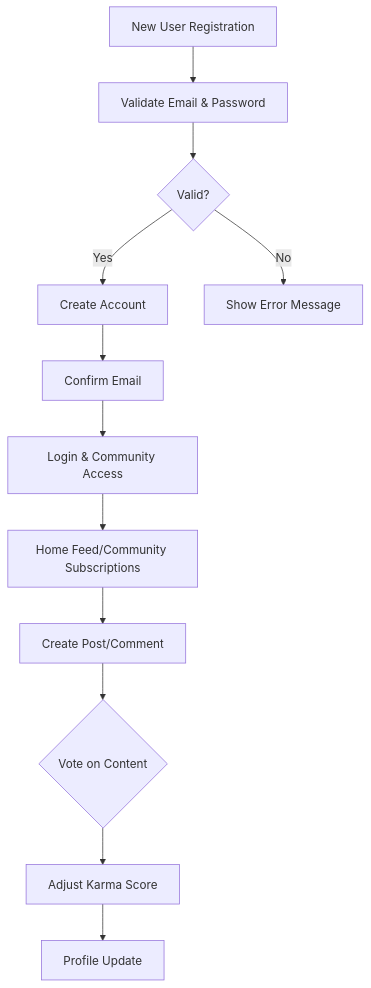
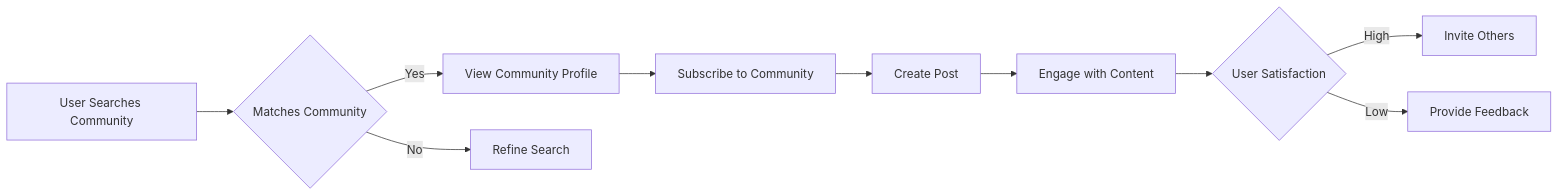
The first of 4 diagrams in qwen/qwen3-30b-a3b-thinking-2507/reddit/docs/analysis/01-service-overview.md (wrtnlabs/autobe-examples), drawn with Mermaid before and after one commit. The commit also changed other lines of this file and 25939 other files, not shown here.

````diff
--- a/qwen/qwen3-30b-a3b-thinking-2507/reddit/docs/analysis/01-service-overview.md
+++ b/qwen/qwen3-30b-a3b-thinking-2507/reddit/docs/analysis/01-service-overview.md
@@ -224,14 +92,12 @@
 ```mermaid
-graph TD
-    A[New User Registration] --> B[Validate Email & Password]
-    B --> C{"Valid?"}
-    C -->|Yes| D[Create Account]
-    C -->|No| E[Show Error Message]
-    D --> F[Confirm Email]
-    F --> G[Login & Community Access]
-    G --> H[Home Feed/Community Subscriptions]
-    H --> I[Create Post/Comment]
-    I --> J{Vote on Content}
-    J --> K[Adjust Karma Score]
-    K --> L[Profile Update]
+graph LR
+    A[User Searches Community] --> B{Matches Community}
+    B -->|Yes| C[View Community Profile]
+    B -->|No| D[Refine Search]
+    C --> E[Subscribe to Community]
+    E --> F[Create Post]
+    F --> G[Engage with Content]
+    G --> H{User Satisfaction}
+    H -->|High| I[Invite Others]
+    H -->|Low| J[Provide Feedback]
 ```
````
